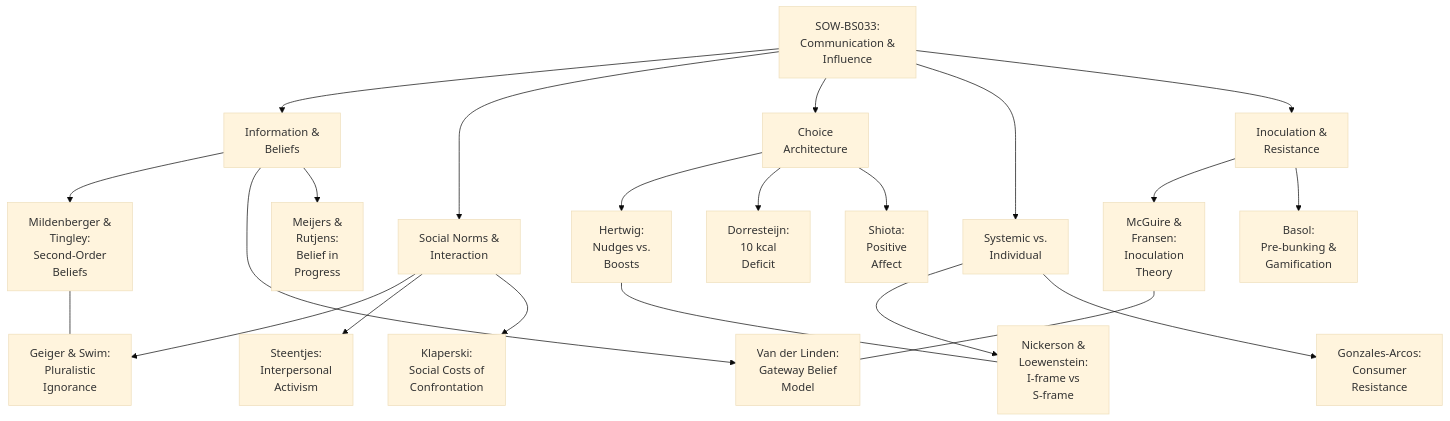
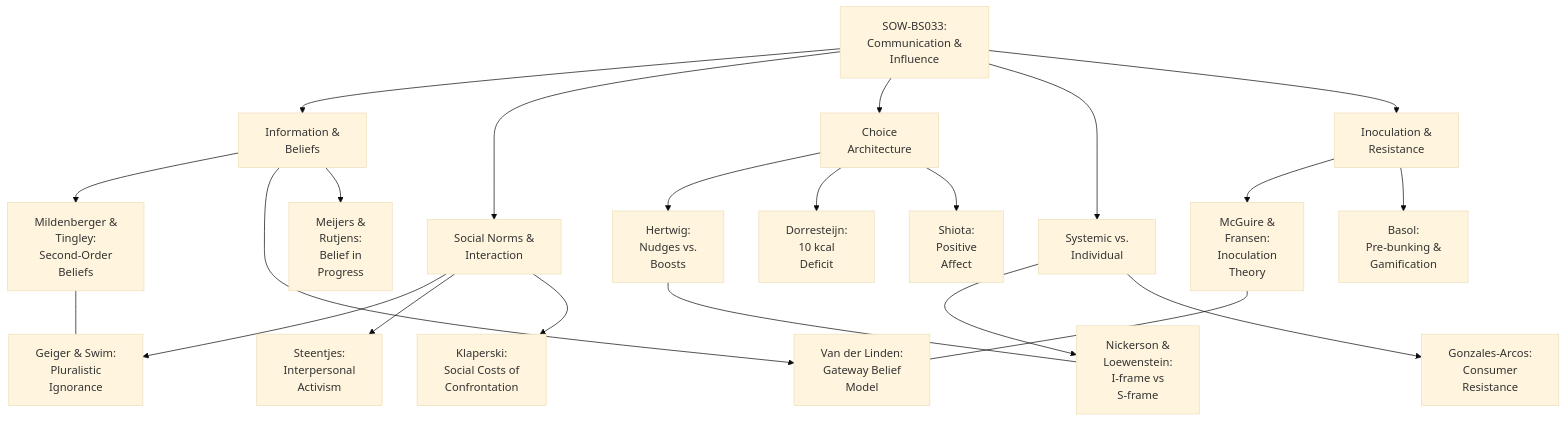
Before and after one commit to GM024/CourseSummaries: the first of 7 diagrams in Communication_Influence/Mastery_Guide_SOW_BS033.md, drawn with Mermaid (base theme). The commit also changed other lines of this file, not shown here.

Commit message:
Implement Forced Padding (&nbsp;) in all Mermaid diagrams to prevent overflow

````diff
--- a/Communication_Influence/Mastery_Guide_SOW_BS033.md
+++ b/Communication_Influence/Mastery_Guide_SOW_BS033.md
@@ -7,30 +7,30 @@
 ```mermaid
 graph TD
-    A[SOW-BS033:<br/>Communication &<br/>Influence] --> B[Information &<br/>Beliefs]
-    A --> C[Social Norms &<br/>Interaction]
-    A --> D[Choice<br/>Architecture]
-    A --> E[Systemic vs.<br/>Individual]
-    A --> F[Inoculation &<br/>Resistance]
+    A["&nbsp; SOW-BS033: &nbsp;<br/>&nbsp; Communication & &nbsp;<br/>&nbsp; Influence &nbsp;"] --> B["&nbsp; Information & &nbsp;<br/>&nbsp; Beliefs &nbsp;"]
+    A --> C["&nbsp; Social Norms & &nbsp;<br/>&nbsp; Interaction &nbsp;"]
+    A --> D["&nbsp; Choice &nbsp;<br/>&nbsp; Architecture &nbsp;"]
+    A --> E["&nbsp; Systemic vs. &nbsp;<br/>&nbsp; Individual &nbsp;"]
+    A --> F["&nbsp; Inoculation & &nbsp;<br/>&nbsp; Resistance &nbsp;"]
 
-    B --> B1[Mildenberger &<br/>Tingley:<br/>Second-Order<br/>Beliefs]
-    B --> B2[Van der Linden:<br/>Gateway Belief<br/>Model]
-    B --> B3[Meijers &<br/>Rutjens:<br/>Belief in<br/>Progress]
+    B --> B1["&nbsp; Mildenberger & &nbsp;<br/>&nbsp; Tingley: &nbsp;<br/>&nbsp; Second-Order &nbsp;<br/>&nbsp; Beliefs &nbsp;"]
+    B --> B2["&nbsp; Van der Linden: &nbsp;<br/>&nbsp; Gateway Belief &nbsp;<br/>&nbsp; Model &nbsp;"]
+    B --> B3["&nbsp; Meijers & &nbsp;<br/>&nbsp; Rutjens: &nbsp;<br/>&nbsp; Belief in &nbsp;<br/>&nbsp; Progress &nbsp;"]
 
-    C --> C1[Geiger & Swim:<br/>Pluralistic<br/>Ignorance]
-    C --> C2[Steentjes:<br/>Interpersonal<br/>Activism]
-    C --> C3[Klaperski:<br/>Social Costs of<br/>Confrontation]
+    C --> C1["&nbsp; Geiger & Swim: &nbsp;<br/>&nbsp; Pluralistic &nbsp;<br/>&nbsp; Ignorance &nbsp;"]
+    C --> C2["&nbsp; Steentjes: &nbsp;<br/>&nbsp; Interpersonal &nbsp;<br/>&nbsp; Activism &nbsp;"]
+    C --> C3["&nbsp; Klaperski: &nbsp;<br/>&nbsp; Social Costs of &nbsp;<br/>&nbsp; Confrontation &nbsp;"]
 
-    D --> D1[Hertwig:<br/>Nudges vs.<br/>Boosts]
-    D --> D2[Dorresteijn:<br/>10 kcal<br/>Deficit]
-    D --> D3[Shiota:<br/>Positive<br/>Affect]
+    D --> D1["&nbsp; Hertwig: &nbsp;<br/>&nbsp; Nudges vs. &nbsp;<br/>&nbsp; Boosts &nbsp;"]
+    D --> D2["&nbsp; Dorresteijn: &nbsp;<br/>&nbsp; 10 kcal &nbsp;<br/>&nbsp; Deficit &nbsp;"]
+    D --> D3["&nbsp; Shiota: &nbsp;<br/>&nbsp; Positive &nbsp;<br/>&nbsp; Affect &nbsp;"]
 
-    E --> E1[Nickerson &<br/>Loewenstein:<br/>I-frame vs<br/>S-frame]
-    E --> E2[Gonzales-Arcos:<br/>Consumer<br/>Resistance]
+    E --> E1["&nbsp; Nickerson & &nbsp;<br/>&nbsp; Loewenstein: &nbsp;<br/>&nbsp; I-frame vs &nbsp;<br/>&nbsp; S-frame &nbsp;"]
+    E --> E2["&nbsp; Gonzales-Arcos: &nbsp;<br/>&nbsp; Consumer &nbsp;<br/>&nbsp; Resistance &nbsp;"]
 
-    F --> F1[McGuire &<br/>Fransen:<br/>Inoculation<br/>Theory]
-    F --> F2[Basol:<br/>Pre-bunking &<br/>Gamification]
+    F --> F1["&nbsp; McGuire & &nbsp;<br/>&nbsp; Fransen: &nbsp;<br/>&nbsp; Inoculation &nbsp;<br/>&nbsp; Theory &nbsp;"]
+    F --> F2["&nbsp; Basol: &nbsp;<br/>&nbsp; Pre-bunking & &nbsp;<br/>&nbsp; Gamification &nbsp;"]
 
     B1 --- C1
     D1 --- E1
     F1 --- B2
 ```
````
